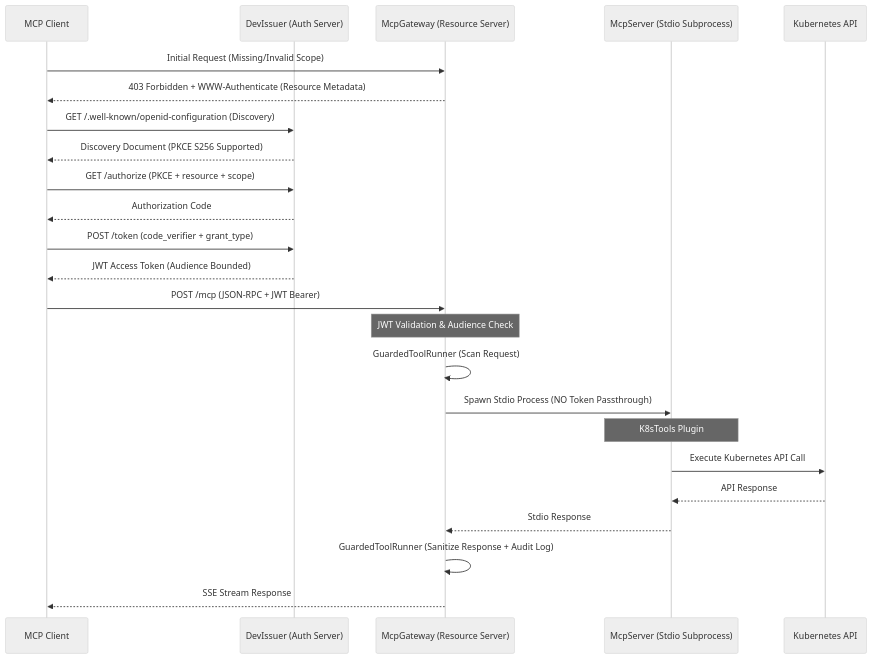
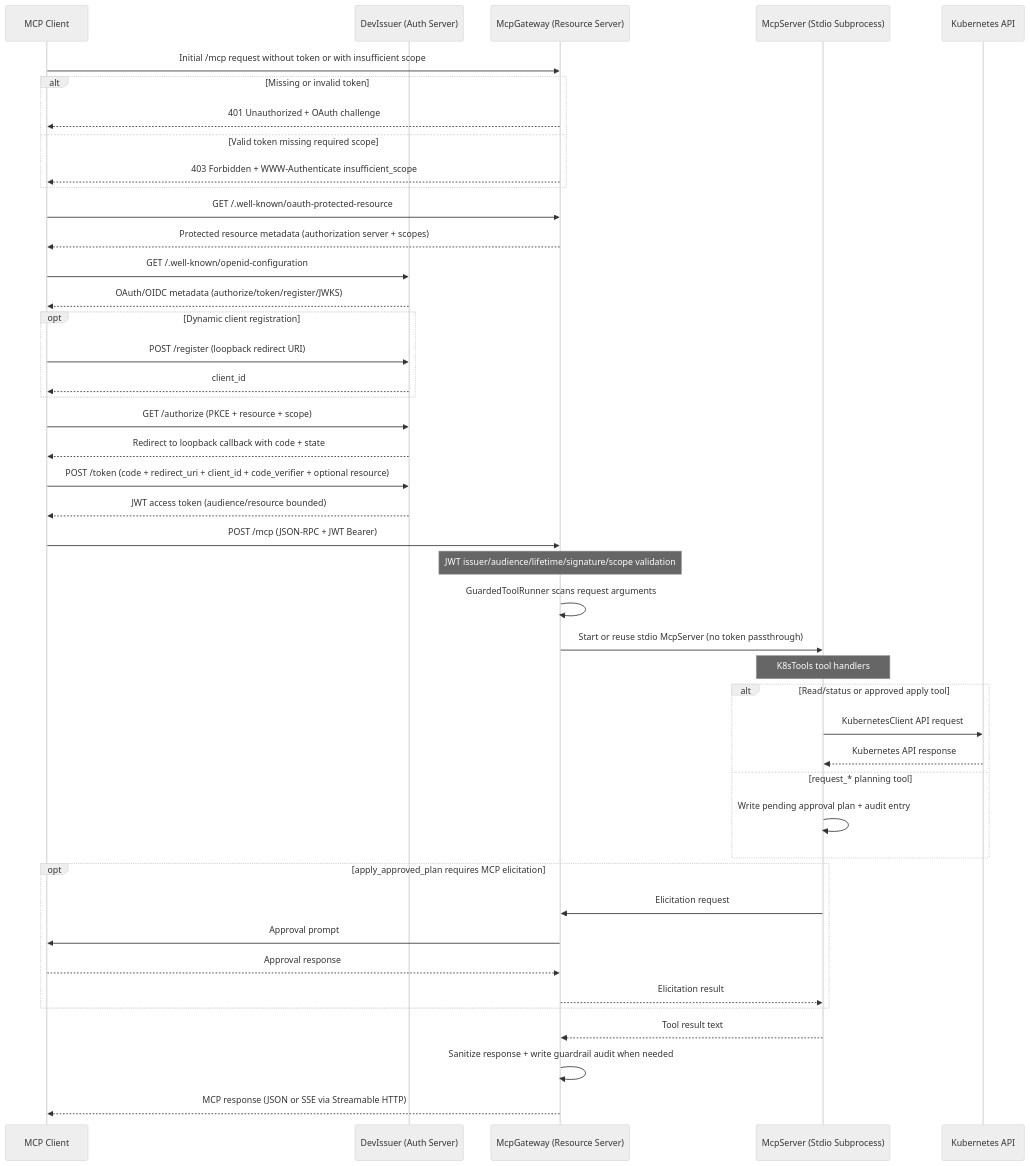
One commit to mirusser/Kubernetes-MCP-Guard changed the diagram in docs/MCP-COMPLIANCE.md. Above: the diagram before and after it, drawn with Mermaid (neutral theme). The commit also changed other lines of this file and 6 other files, not shown here.

````diff
--- a/docs/MCP-COMPLIANCE.md
+++ b/docs/MCP-COMPLIANCE.md
@@ -9,31 +9,56 @@
 ```mermaid
 sequenceDiagram
     participant Client as MCP Client
     participant Issuer as DevIssuer (Auth Server)
     participant Gateway as McpGateway (Resource Server)
     participant Downstream as McpServer (Stdio Subprocess)
     participant K8s as Kubernetes API
 
     %% Discovery and Authorization Phase
-    Client->>Gateway: Initial Request (Missing/Invalid Scope)
-    Gateway-->>Client: 403 Forbidden + WWW-Authenticate (Resource Metadata)
-    Client->>Issuer: GET /.well-known/openid-configuration (Discovery)
-    Issuer-->>Client: Discovery Document (PKCE S256 Supported)
-    
+    Client->>Gateway: Initial /mcp request without token or with insufficient scope
+    alt Missing or invalid token
+        Gateway-->>Client: 401 Unauthorized + OAuth challenge
+    else Valid token missing required scope
+        Gateway-->>Client: 403 Forbidden + WWW-Authenticate insufficient_scope
+    end
+
+    Client->>Gateway: GET /.well-known/oauth-protected-resource
+    Gateway-->>Client: Protected resource metadata (authorization server + scopes)
+    Client->>Issuer: GET /.well-known/openid-configuration
+    Issuer-->>Client: OAuth/OIDC metadata (authorize/token/register/JWKS)
+
+    opt Dynamic client registration
+        Client->>Issuer: POST /register (loopback redirect URI)
+        Issuer-->>Client: client_id
+    end
+
     Client->>Issuer: GET /authorize (PKCE + resource + scope)
-    Issuer-->>Client: Authorization Code
-    Client->>Issuer: POST /token (code_verifier + grant_type)
-    Issuer-->>Client: JWT Access Token (Audience Bounded)
+    Issuer-->>Client: Redirect to loopback callback with code + state
+    Client->>Issuer: POST /token (code + redirect_uri + client_id + code_verifier + optional resource)
+    Issuer-->>Client: JWT access token (audience/resource bounded)
 
     %% Transport and Execution Phase
     Client->>Gateway: POST /mcp (JSON-RPC + JWT Bearer)
-    Note over Gateway: JWT Validation & Audience Check
-    Gateway->>Gateway: GuardedToolRunner (Scan Request)
-    Gateway->>Downstream: Spawn Stdio Process (NO Token Passthrough)
-    Note over Downstream: K8sTools Plugin
-    Downstream->>K8s: Execute Kubernetes API Call
-    K8s-->>Downstream: API Response
-    Downstream-->>Gateway: Stdio Response
-    Gateway->>Gateway: GuardedToolRunner (Sanitize Response + Audit Log)
-    Gateway-->>Client: SSE Stream Response
+    Note over Gateway: JWT issuer/audience/lifetime/signature/scope validation
+    Gateway->>Gateway: GuardedToolRunner scans request arguments
+    Gateway->>Downstream: Start or reuse stdio McpServer (no token passthrough)
+    Note over Downstream: K8sTools tool handlers
+
+    alt Read/status or approved apply tool
+        Downstream->>K8s: KubernetesClient API request
+        K8s-->>Downstream: Kubernetes API response
+    else request_* planning tool
+        Downstream->>Downstream: Write pending approval plan + audit entry
+    end
+
+    opt apply_approved_plan requires MCP elicitation
+        Downstream->>Gateway: Elicitation request
+        Gateway->>Client: Approval prompt
+        Client-->>Gateway: Approval response
+        Gateway-->>Downstream: Elicitation result
+    end
+
+    Downstream-->>Gateway: Tool result text
+    Gateway->>Gateway: Sanitize response + write guardrail audit when needed
+    Gateway-->>Client: MCP response (JSON or SSE via Streamable HTTP)
 ```
````
